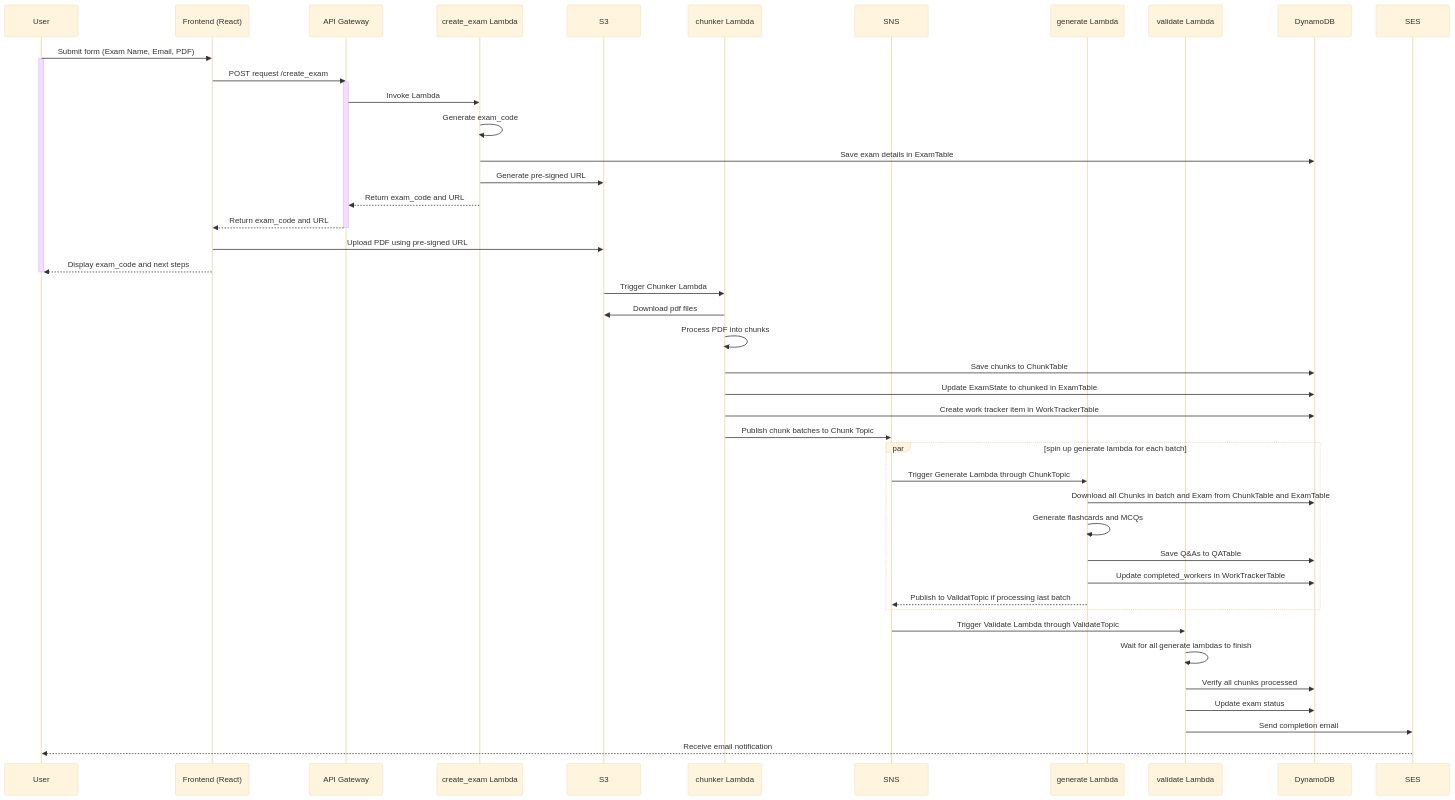
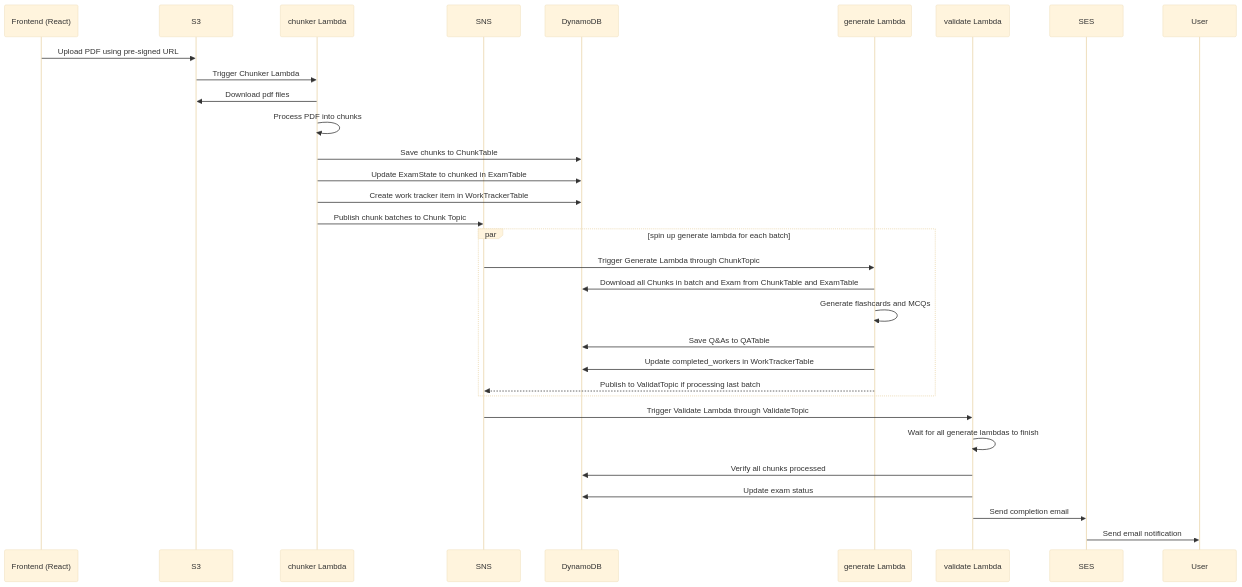
Before and after one commit to rajkorde/ExamGPTCloud: the second of 4 diagrams in README.md, drawn with Mermaid (base theme). The commit also changed other lines of this file, not shown here.

Commit message:
split sequence diagram for create_exam into 2

````diff
--- a/README.md
+++ b/README.md
@@ -42,55 +76,42 @@
 ```mermaid
 sequenceDiagram
-    participant U as User
+
     participant FE as Frontend (React)
-    participant AG as API Gateway
-    participant CEL as create_exam Lambda
     participant S3 as S3
     participant CL as chunker Lambda
     participant SNS as SNS
+    participant DDB as DynamoDB
     participant GL as generate Lambda
     participant VL as validate Lambda
-    participant DDB as DynamoDB
     participant SES as SES
+    participant U as User
 
 
-    U->>FE: Submit form (Exam Name, Email, PDF)
-    activate U
-    FE->>AG: POST request /create_exam
-    activate AG
-    AG->>CEL: Invoke Lambda
-    CEL->>CEL: Generate exam_code
-    CEL->>DDB: Save exam details in ExamTable
-    CEL->>S3: Generate pre-signed URL
-    CEL-->>AG: Return exam_code and URL
-    AG-->>FE: Return exam_code and URL
-    deactivate AG
     FE->>S3: Upload PDF using pre-signed URL
-    FE-->>U: Display exam_code and next steps
-    deactivate U
+
 
     S3->>CL: Trigger Chunker Lambda
     CL->>S3: Download pdf files
     CL->>CL: Process PDF into chunks
     CL->>DDB: Save chunks to ChunkTable
     CL->>DDB: Update ExamState to chunked in ExamTable
     CL->>DDB: Create work tracker item in WorkTrackerTable
     CL->>SNS: Publish chunk batches to Chunk Topic
 
     par spin up generate lambda for each batch
     SNS->>GL: Trigger Generate Lambda through ChunkTopic
     GL->>DDB: Download all Chunks in batch and Exam from ChunkTable and ExamTable
     GL->>GL: Generate flashcards and MCQs
     GL->>DDB: Save Q&As to QATable
     GL->>DDB: Update completed_workers in WorkTrackerTable
     GL-->>SNS: Publish to ValidatTopic if processing last batch
     end
 
     SNS->>VL: Trigger Validate Lambda through ValidateTopic
     VL->>VL: Wait for all generate lambdas to finish
     VL->>DDB: Verify all chunks processed
     VL->>DDB: Update exam status
     VL->>SES: Send completion email
-    SES-->>U: Receive email notification
+    SES->>U: Send email notification
 
 ```
````
